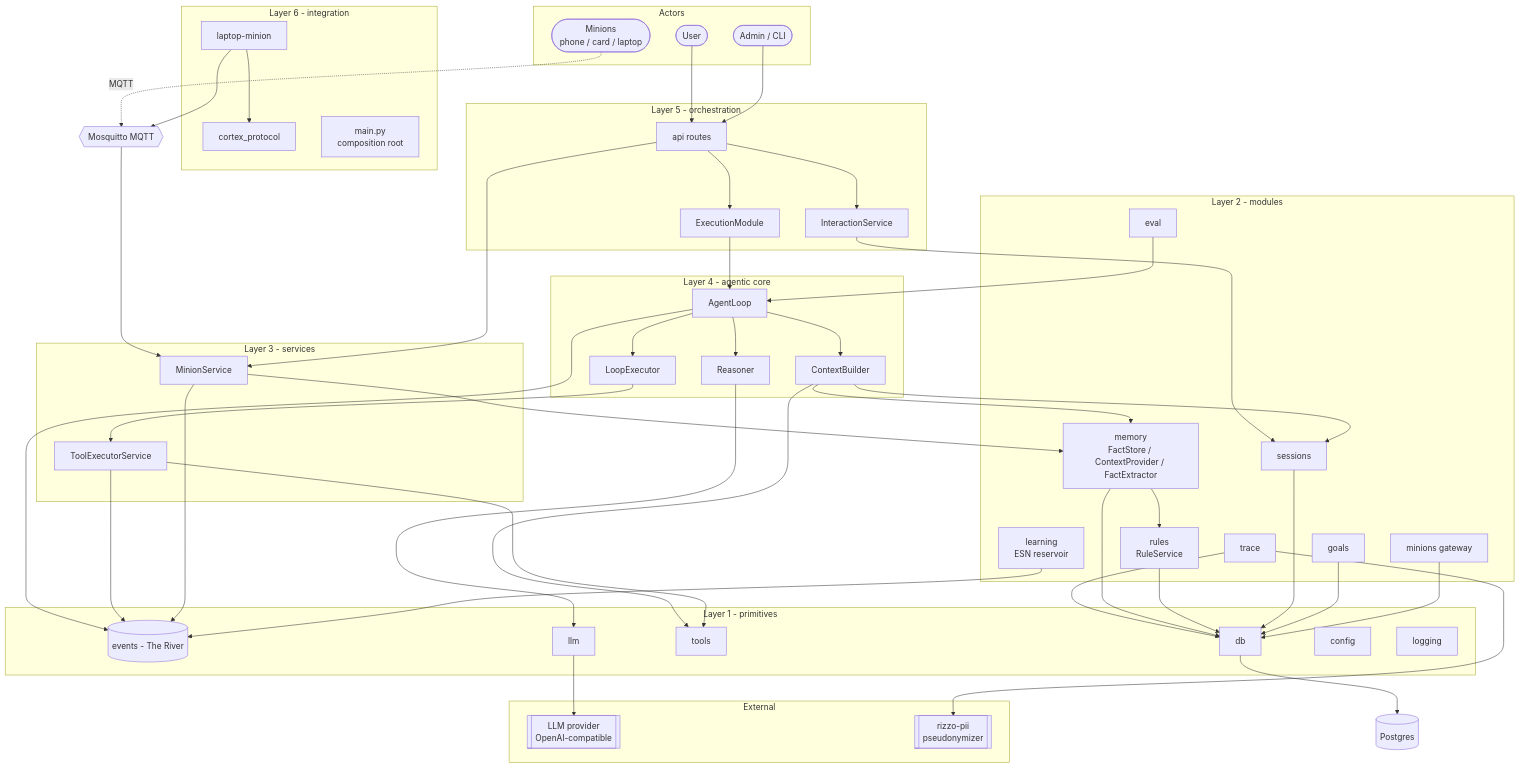
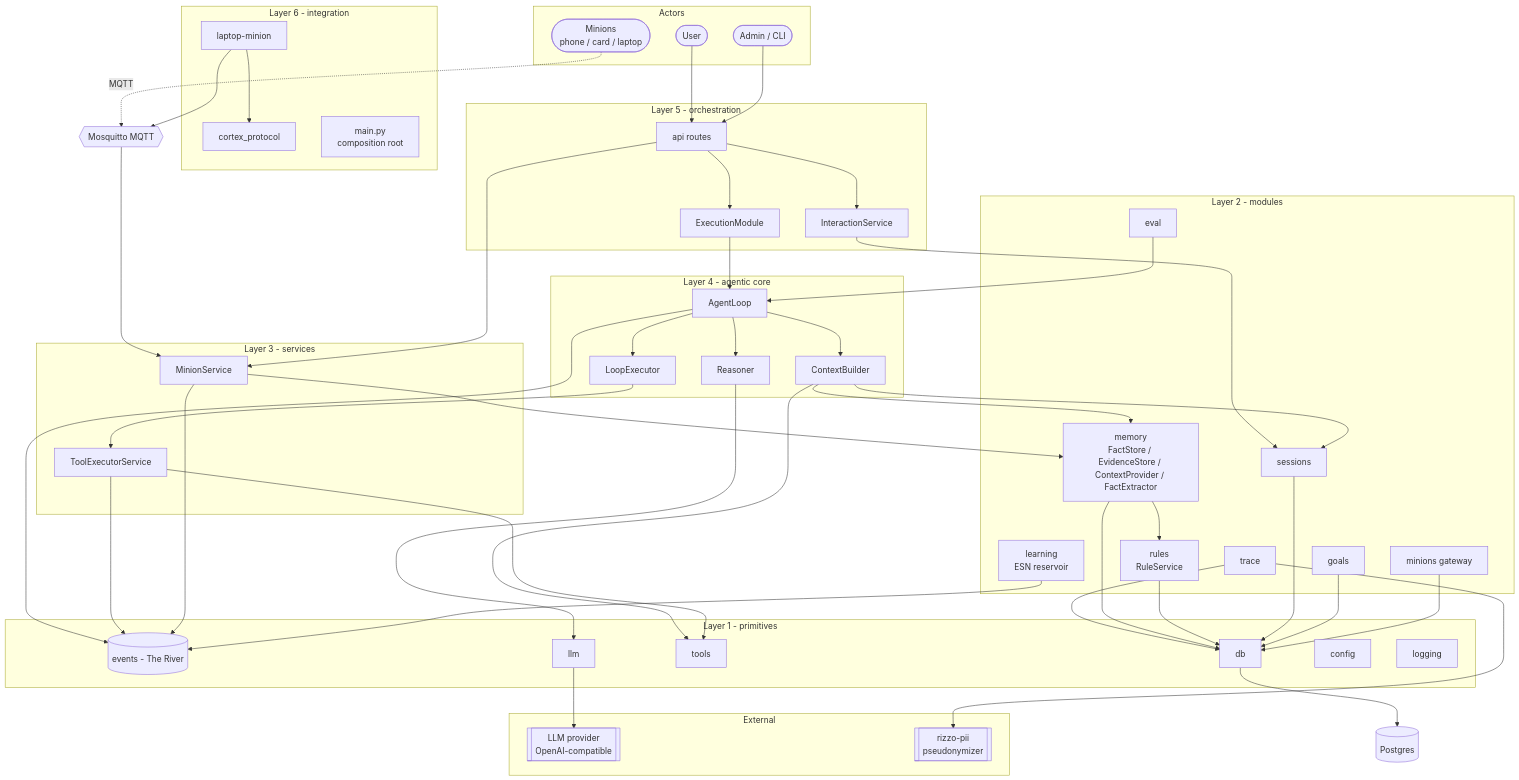
Before and after one commit to salvatorebottiglieri/botti-agent: the first of 3 diagrams in docs/specs/architecture.md, drawn with Mermaid. The commit also changed other lines of this file and 9 other files, not shown here.

Commit message:
fix(memory): align evidence docs and harden evidence ingestion (#83 review)

```diff
--- a/docs/specs/architecture.md
+++ b/docs/specs/architecture.md
@@ -59,7 +59,7 @@
 
     subgraph L2["Layer 2 - modules"]
         Sessions[sessions]
-        Memory[memory<br/>FactStore / ContextProvider / FactExtractor]
+        Memory[memory<br/>FactStore / EvidenceStore / ContextProvider / FactExtractor]
         Goals[goals]
         MinionsMod[minions gateway]
         Trace[trace]
```
